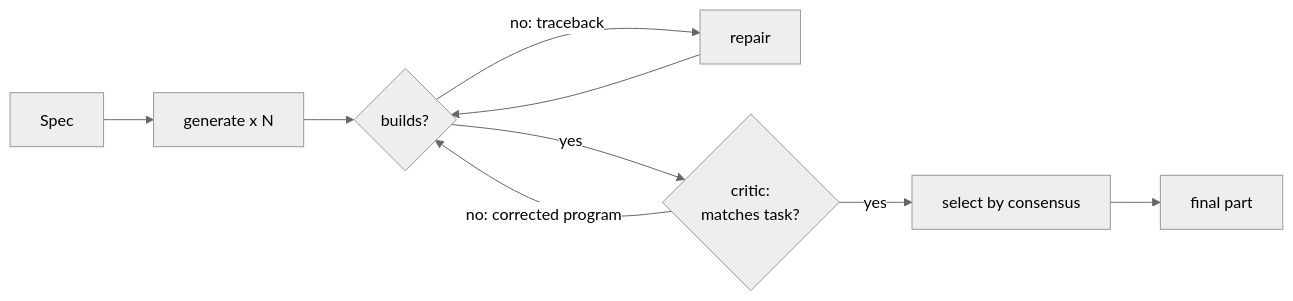
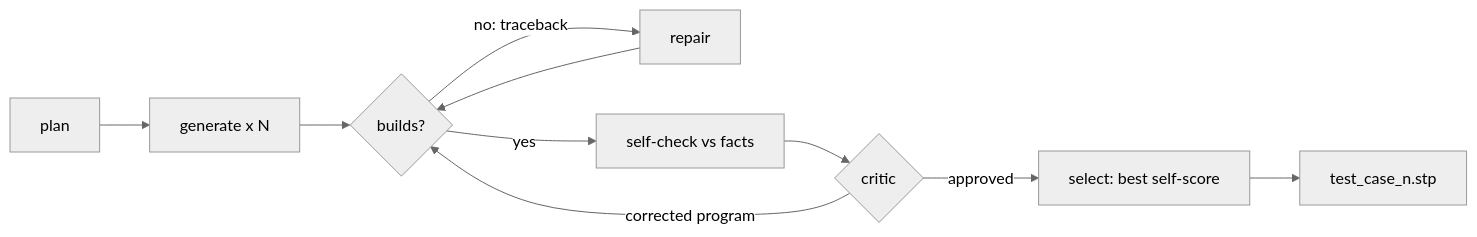
Before and after one commit to rumutaydin/sphere-forge-agent: the diagram in docs/tracks/C-build.md, drawn with Mermaid (neutral theme). The commit also changed other lines of this file and 236 other files, not shown here.

First line of the commit message:
Rebuild around the kickoff rules: STEP only, facts self-check, organiser entry point

````diff
--- a/docs/tracks/C-build.md
+++ b/docs/tracks/C-build.md
@@ -7,10 +8,11 @@
 ```mermaid
 flowchart LR
-    SP["Spec"] --> G["generate x N"]
+    PL["plan"] --> G["generate x N"]
     G --> R{"builds?"}
     R -- "no: traceback" --> FX["repair"] --> R
-    R -- "yes" --> V{"critic:<br/>matches task?"}
-    V -- "no: corrected program" --> R
-    V -- "yes" --> S["select by consensus"]
-    S --> OUT["final part"]
+    R -- "yes" --> K["self-check vs facts"]
+    K --> V{"critic"}
+    V -- "corrected program" --> R
+    V -- "approved" --> S["select: best self-score"]
+    S --> OUT["test_case_n.stp"]
 ```
````
